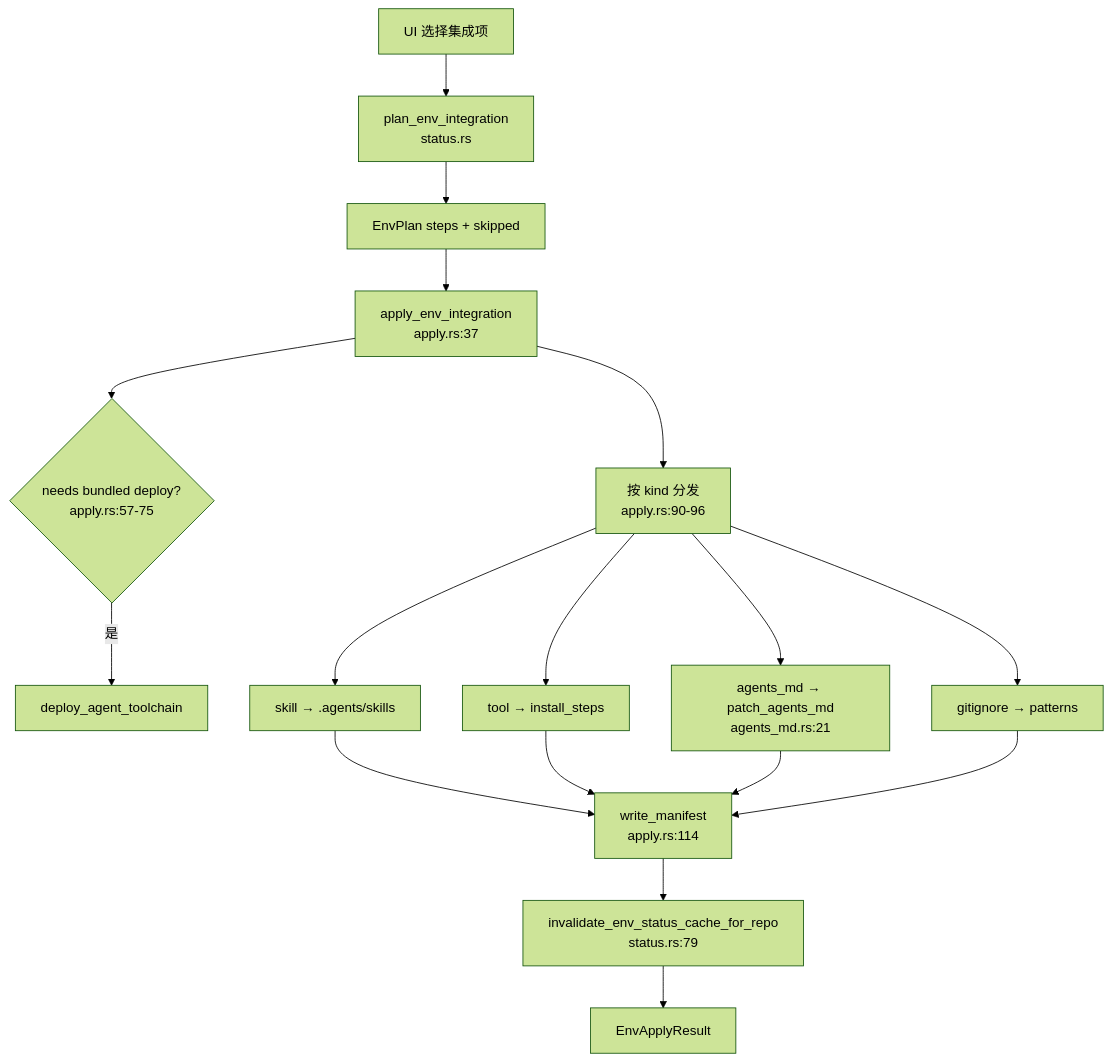
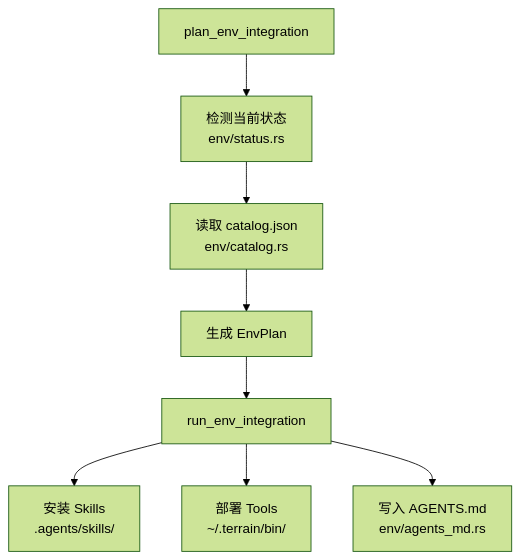
The diagram in .terrain/human/4.Deep-Exploration/环境集成.md (sopaco/terrain), drawn with Mermaid (forest theme) before and after one commit. The commit also changed other lines of this file and 79 other files, not shown here.

````diff
--- a/.terrain/human/4.Deep-Exploration/环境集成.md
+++ b/.terrain/human/4.Deep-Exploration/环境集成.md
@@ -54,19 +39,10 @@
 ```mermaid
 flowchart TD
-    A["UI 选择集成项"] --> B["plan_env_integration<br/>status.rs"]
-    B --> C["EnvPlan steps + skipped"]
-    C --> D["apply_env_integration<br/>apply.rs:37"]
-    D --> E{"needs bundled deploy?<br/>apply.rs:57-75"}
-    E -->|是| F["deploy_agent_toolchain"]
-    D --> G["按 kind 分发<br/>apply.rs:90-96"]
-    G --> H["skill → .agents/skills"]
-    G --> I["tool → install_steps"]
-    G --> J["agents_md → patch_agents_md<br/>agents_md.rs:21"]
-    G --> K["gitignore → patterns"]
-    H --> L["write_manifest<br/>apply.rs:114"]
-    I --> L
-    J --> L
-    K --> L
-    L --> M["invalidate_env_status_cache_for_repo<br/>status.rs:79"]
-    M --> N["EnvApplyResult"]
+    A["plan_env_integration"] --> B["检测当前状态<br/>env/status.rs"]
+    B --> C["读取 catalog.json<br/>env/catalog.rs"]
+    C --> D["生成 EnvPlan"]
+    D --> E["run_env_integration"]
+    E --> F["安装 Skills<br/>.agents/skills/"]
+    E --> G["部署 Tools<br/>~/.terrain/bin/"]
+    E --> H["写入 AGENTS.md<br/>env/agents_md.rs"]
 ```
````
